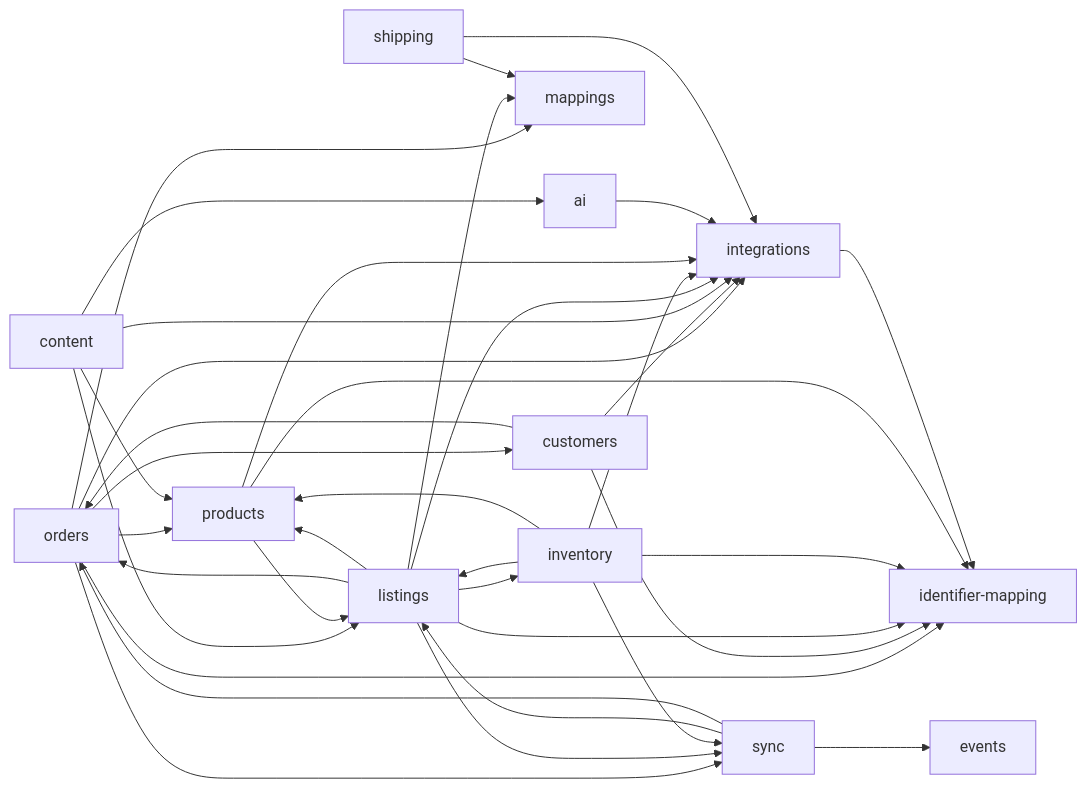
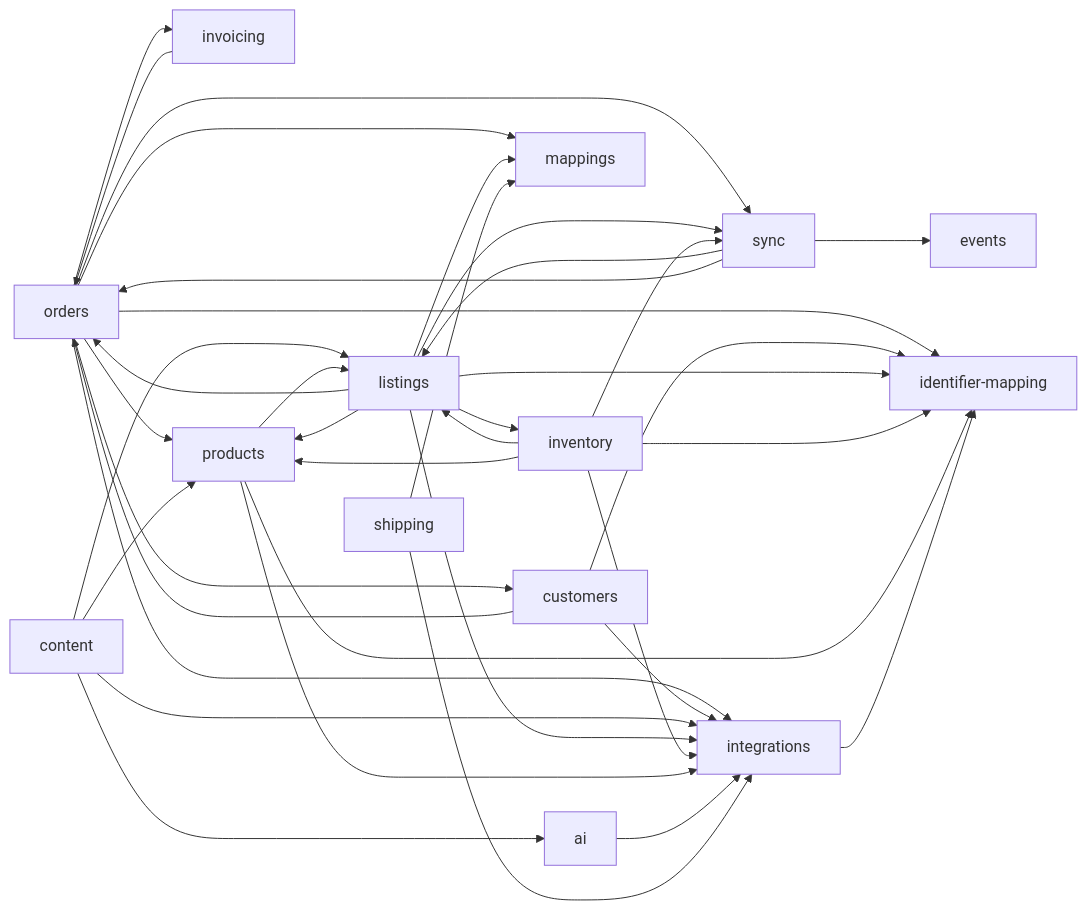
Before and after one commit to openlinker-project/openlinker: the diagram in docs/architecture-overview.md, drawn with Mermaid. The commit also changed other lines of this file and 6 other files, not shown here.

First line of the commit message:
fix(invoicing): sub-barrel for orders/types, dep map + negative cache fixes

````diff
--- a/docs/architecture-overview.md
+++ b/docs/architecture-overview.md
@@ -1143,38 +1143,40 @@
 ```mermaid
 graph LR
   orders --> customers
   orders --> identifier-mapping
   orders --> integrations
+  orders --> invoicing
   orders --> mappings
   orders --> products
   orders --> sync
+  invoicing --> orders
   customers --> identifier-mapping
   customers --> integrations
   customers --> orders
   content --> ai
   content --> integrations
   content --> listings
   content --> products
   listings --> identifier-mapping
   listings --> integrations
   listings --> inventory
   listings --> mappings
   listings --> orders
   listings --> products
   listings --> sync
   inventory --> identifier-mapping
   inventory --> integrations
   inventory --> listings
   inventory --> products
   inventory --> sync
   products --> identifier-mapping
   products --> integrations
   products --> listings
   sync --> events
   sync --> listings
   sync --> orders
   ai --> integrations
   integrations --> identifier-mapping
   shipping --> integrations
   shipping --> mappings
 ```
````
